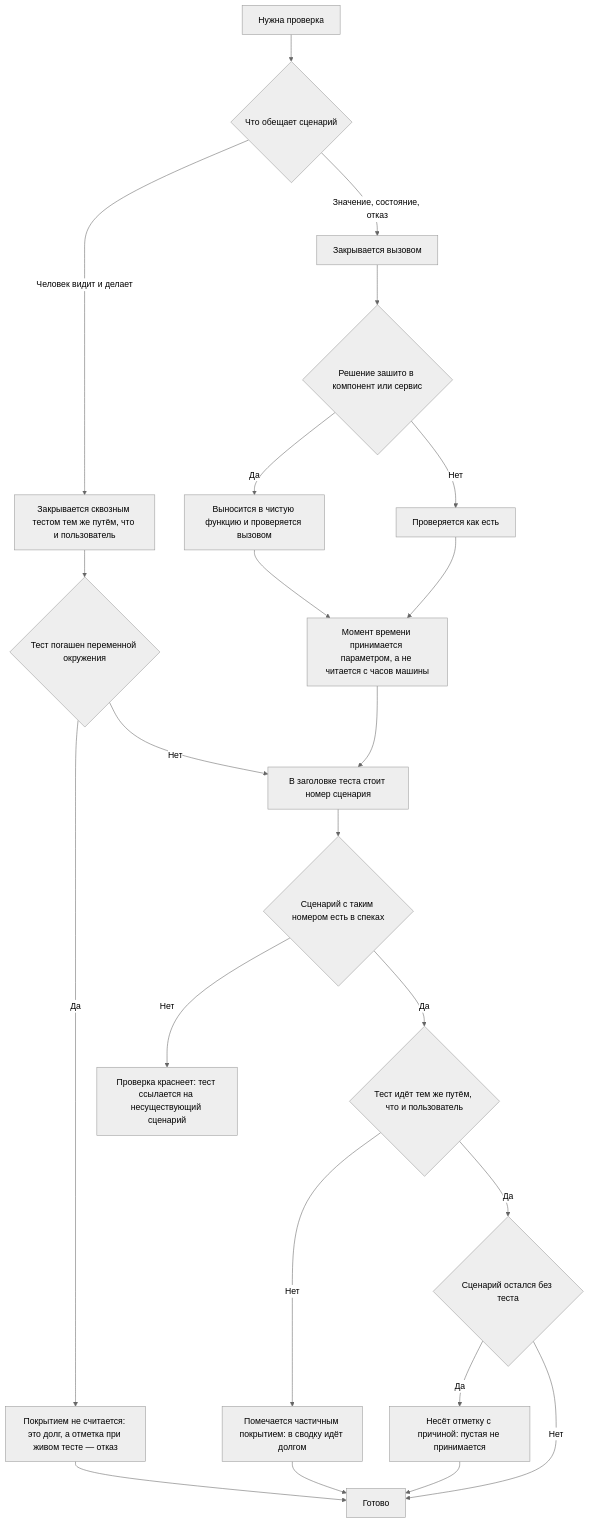
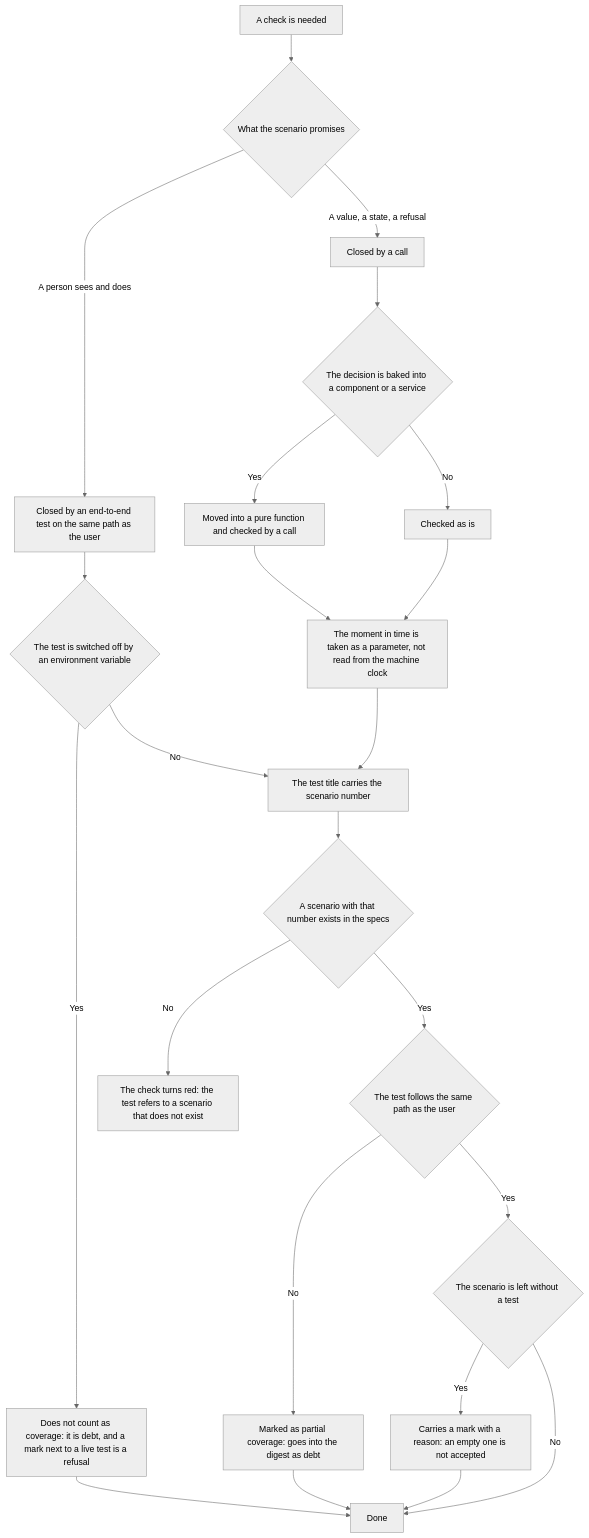
One commit to Eyhenij/rt-tools changed the diagram in .claude/skills/testing/SKILL.md. Above: the diagram before and after it, drawn with Mermaid (neutral theme). The commit also changed other lines of this file and 71 other files, not shown here.

````diff
--- a/.claude/skills/testing/SKILL.md
+++ b/.claude/skills/testing/SKILL.md
@@ -40,25 +40,25 @@
 ```mermaid
 flowchart TD
-    A[Нужна проверка] --> B{Что обещает сценарий}
-    B -->|Человек видит и делает| C[Закрывается сквозным тестом тем же путём, что и пользователь]
-    B -->|Значение, состояние, отказ| D[Закрывается вызовом]
-    D --> E{Решение зашито в компонент или сервис}
-    E -->|Да| F[Выносится в чистую функцию и проверяется вызовом]
-    E -->|Нет| G[Проверяется как есть]
-    F --> H[Момент времени принимается параметром, а не читается с часов машины]
+    A[A check is needed] --> B{What the scenario promises}
+    B -->|A person sees and does| C[Closed by an end-to-end test on the same path as the user]
+    B -->|A value, a state, a refusal| D[Closed by a call]
+    D --> E{The decision is baked into a component or a service}
+    E -->|Yes| F[Moved into a pure function and checked by a call]
+    E -->|No| G[Checked as is]
+    F --> H[The moment in time is taken as a parameter, not read from the machine clock]
     G --> H
-    C --> I{Тест погашен переменной окружения}
-    I -->|Да| J[Покрытием не считается: это долг, а отметка при живом тесте — отказ]
-    I -->|Нет| K[В заголовке теста стоит номер сценария]
+    C --> I{The test is switched off by an environment variable}
+    I -->|Yes| J[Does not count as coverage: it is debt, and a mark next to a live test is a refusal]
+    I -->|No| K[The test title carries the scenario number]
     H --> K
-    K --> P{Сценарий с таким номером есть в спеках}
-    P -->|Нет| Q[Проверка краснеет: тест ссылается на несуществующий сценарий]
-    P -->|Да| R{Тест идёт тем же путём, что и пользователь}
-    R -->|Нет| S[Помечается частичным покрытием: в сводку идёт долгом]
-    R -->|Да| L{Сценарий остался без теста}
-    L -->|Да| M[Несёт отметку с причиной: пустая не принимается]
-    L -->|Нет| N[Готово]
+    K --> P{A scenario with that number exists in the specs}
+    P -->|No| Q[The check turns red: the test refers to a scenario that does not exist]
+    P -->|Yes| R{The test follows the same path as the user}
+    R -->|No| S[Marked as partial coverage: goes into the digest as debt]
+    R -->|Yes| L{The scenario is left without a test}
+    L -->|Yes| M[Carries a mark with a reason: an empty one is not accepted]
+    L -->|No| N[Done]
     S --> N
     M --> N
     J --> N
 ```
````
